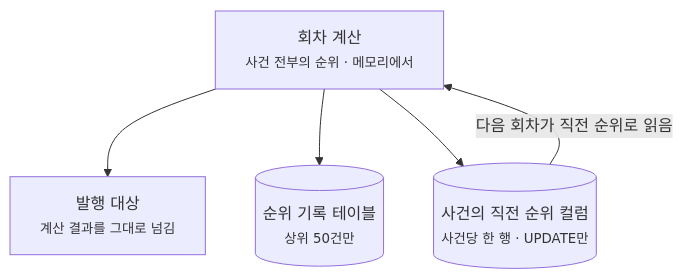
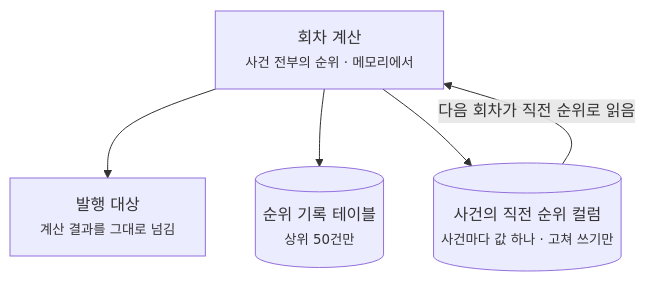
One commit to oownahcohc/oownahcohc.github.io changed the third of 3 diagrams in src/content/blog/snapshot-ledger-quadratic-growth.md. Above: the diagram before and after it, drawn with Mermaid. The commit also changed other lines of this file, not shown here.

````diff
--- a/src/content/blog/snapshot-ledger-quadratic-growth.md
+++ b/src/content/blog/snapshot-ledger-quadratic-growth.md
@@ -134,11 +140,11 @@
 ```mermaid
 flowchart TB
     S["회차 계산<br/><small>사건 전부의 순위 · 메모리에서</small>"]
     A["발행 대상<br/><small>계산 결과를 그대로 넘김</small>"]
     B[("순위 기록 테이블<br/><small>상위 50건만</small>")]
-    C[("사건의 직전 순위 컬럼<br/><small>사건당 한 행 · UPDATE만</small>")]
+    C[("사건의 직전 순위 컬럼<br/><small>사건마다 값 하나 · 고쳐 쓰기만</small>")]
     S --> A
     S --> B
     S --> C
     C -->|"다음 회차가 직전 순위로 읽음"| S
 ```
````
